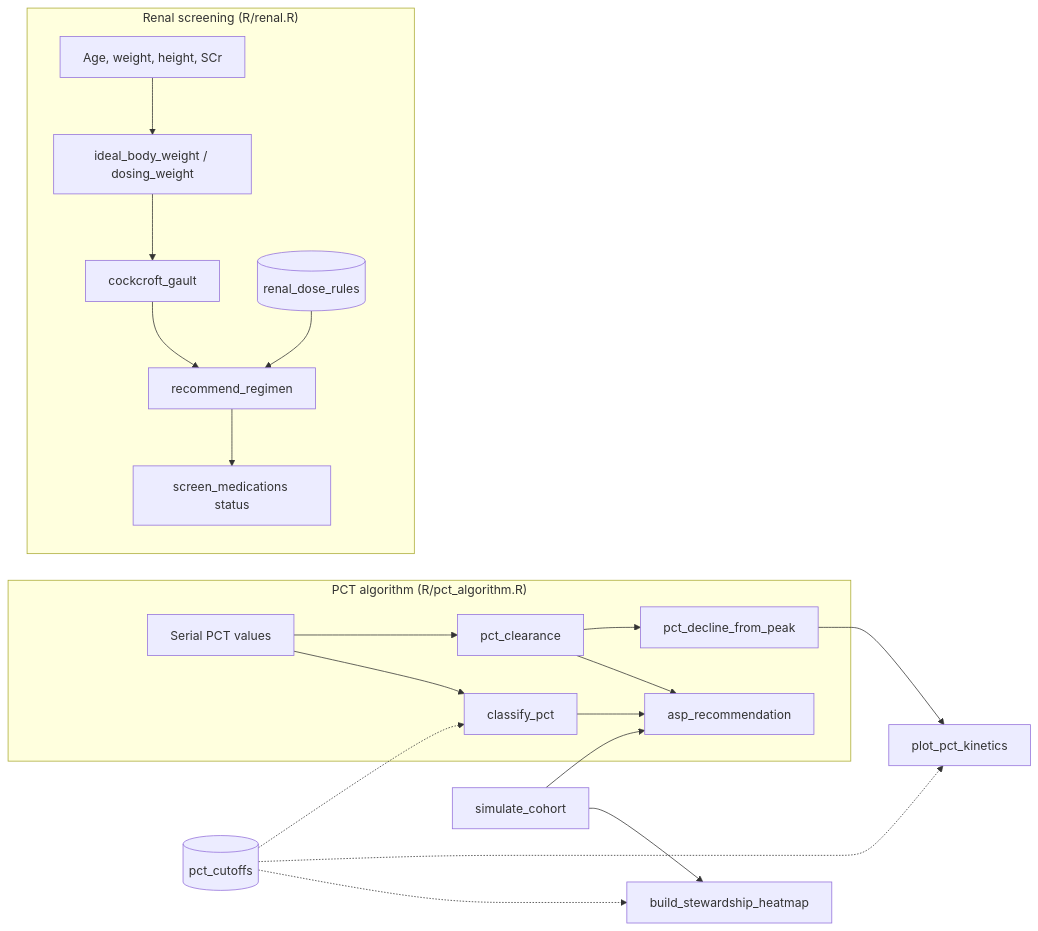
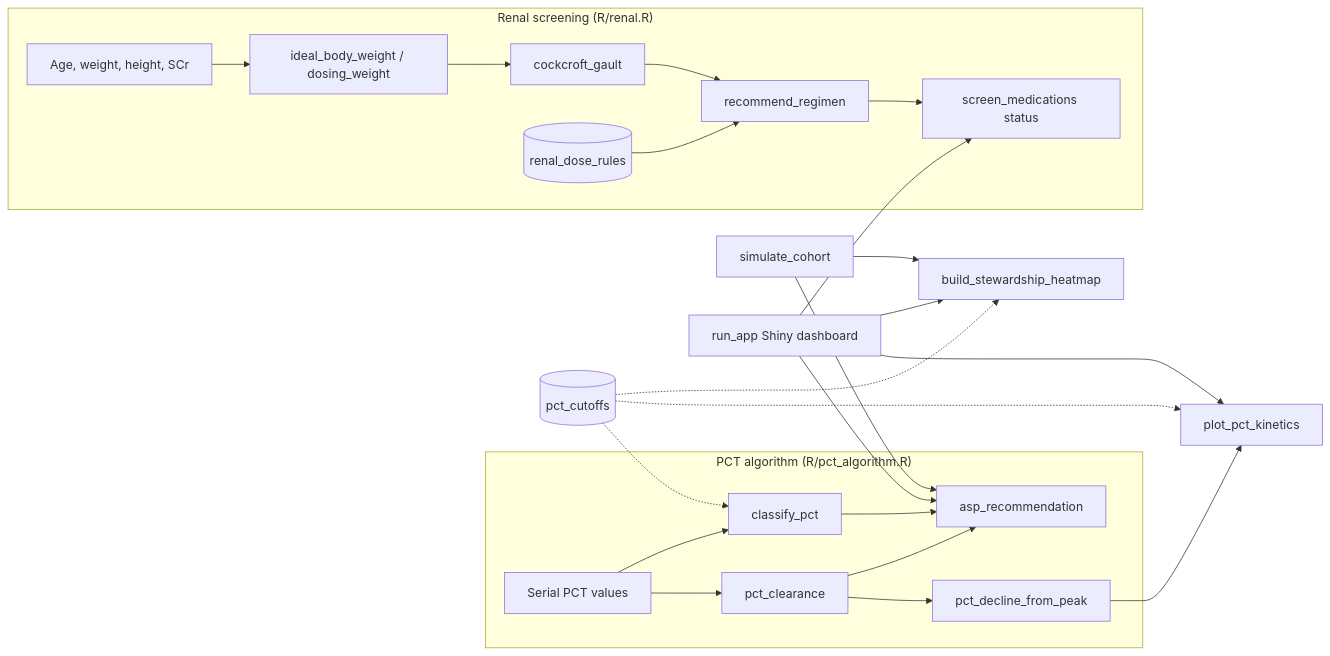
The diagram in README.md (dr-somashekhar/clinical-biomarker-stewardship), drawn with Mermaid before and after one commit. The commit also changed other lines of this file and 8 other files, not shown here.

````diff
--- a/README.md
+++ b/README.md
@@ -28,19 +28,20 @@
 ```mermaid
 flowchart LR
   subgraph PCT["PCT algorithm (R/pct_algorithm.R)"]
     A[Serial PCT values] --> B[classify_pct]
     A --> C[pct_clearance]
     B & C --> D[asp_recommendation]
     C --> E[pct_decline_from_peak]
   end
   subgraph Renal["Renal screening (R/renal.R)"]
     G[Age, weight, height, SCr] --> H[ideal_body_weight / dosing_weight]
     H --> I[cockcroft_gault] --> J[recommend_regimen]
     R[(renal_dose_rules)] --> J
     J --> K[screen_medications status]
   end
   S[simulate_cohort] --> D
   S --> L[build_stewardship_heatmap]
   E --> M[plot_pct_kinetics]
   T[(pct_cutoffs)] -.-> B & L & M
+  APP[run_app Shiny dashboard] --> D & K & L & M
 ```
````
